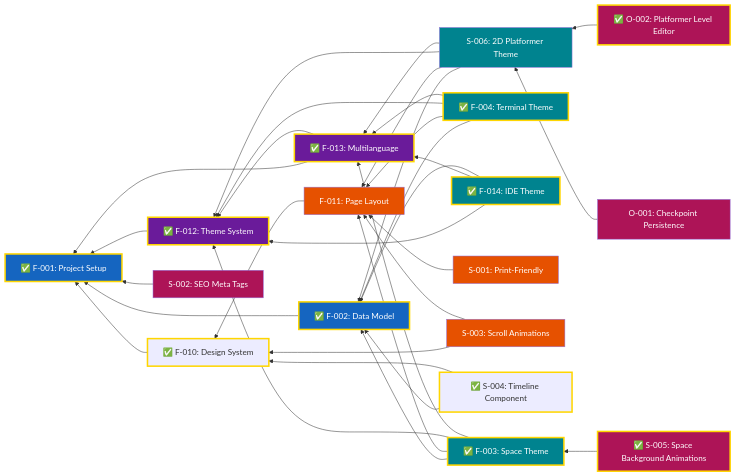
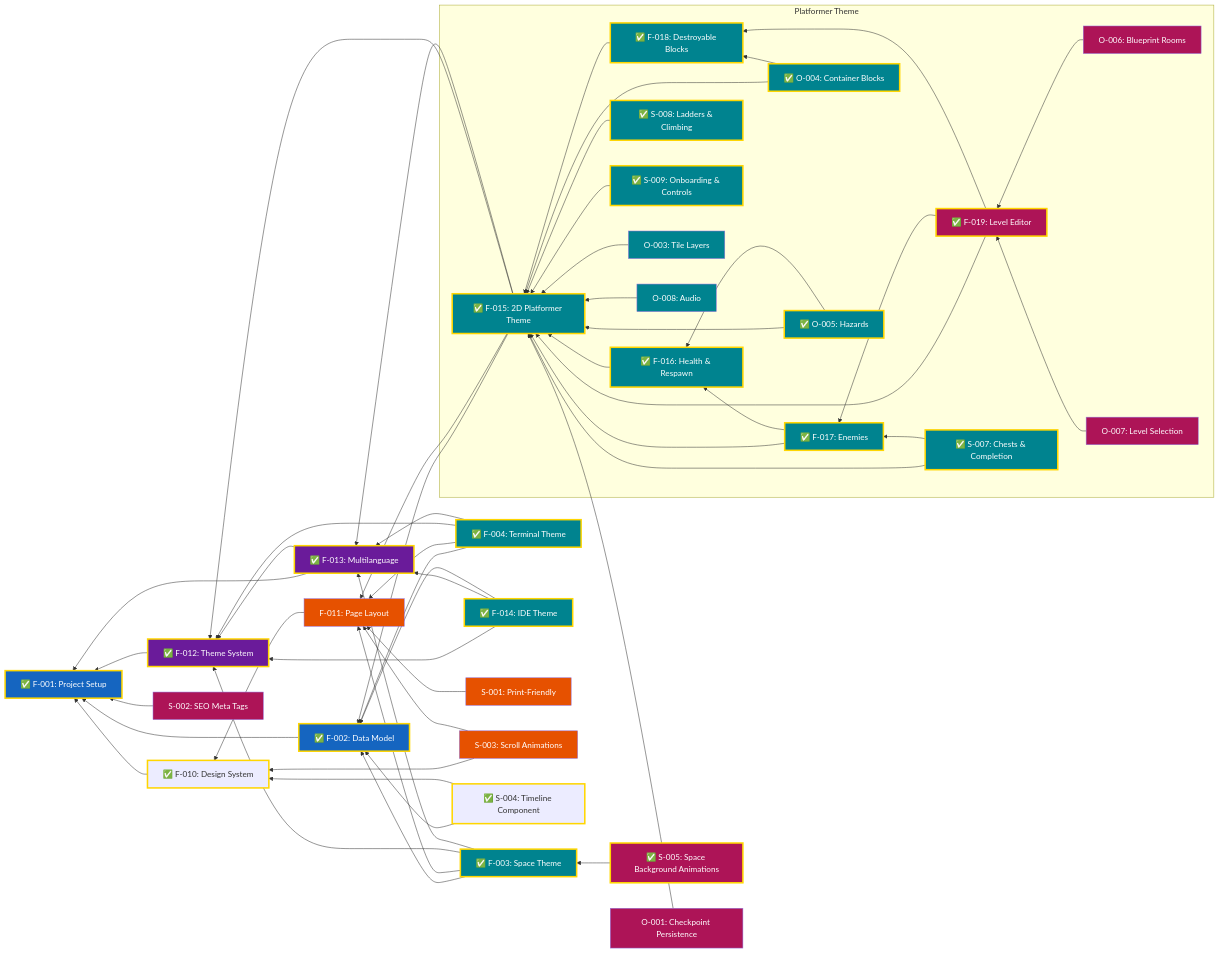
Before and after one commit to garcipat/cv-website: the diagram in docs/Features.md, drawn with Mermaid. The commit also changed other lines of this file and 59 other files, not shown here.

````diff
--- a/docs/Features.md
+++ b/docs/Features.md
@@ -89,9 +113,24 @@
     S003["S-003: Scroll Animations"]
     S004["✅ S-004: Timeline Component"]
     S005["✅ S-005: Space Background Animations"]
-    S006["S-006: 2D Platformer Theme"]
     O001["O-001: Checkpoint Persistence"]
-    O002["✅ O-002: Platformer Level Editor"]
+
+    subgraph platformer["Platformer Theme"]
+        F015["✅ F-015: 2D Platformer Theme"]
+        F016["✅ F-016: Health & Respawn"]
+        F017["✅ F-017: Enemies"]
+        F018["✅ F-018: Destroyable Blocks"]
+        F019["✅ F-019: Level Editor"]
+        S007["✅ S-007: Chests & Completion"]
+        S008["✅ S-008: Ladders & Climbing"]
+        S009["✅ S-009: Onboarding & Controls"]
+        O003["O-003: Tile Layers"]
+        O004["✅ O-004: Container Blocks"]
+        O005["✅ O-005: Hazards"]
+        O006["O-006: Blueprint Rooms"]
+        O007["O-007: Level Selection"]
+        O008["O-008: Audio"]
+    end
 
     F003 --> F002
     F003 --> F011
@@ -117,12 +156,30 @@
     S004 --> F002
     S004 --> F010
     S005 --> F003
-    S006 --> F002
-    S006 --> F011
-    S006 --> F012
-    S006 --> F013
-    O001 --> S006
-    O002 --> S006
+    F015 --> F002
+    F015 --> F011
+    F015 --> F012
+    F015 --> F013
+    F016 --> F015
+    F017 --> F015
+    F017 --> F016
+    F018 --> F015
+    F019 --> F015
+    F019 --> F017
+    F019 --> F018
+    S007 --> F015
+    S007 --> F017
+    S008 --> F015
+    S009 --> F015
+    O003 --> F015
+    O004 --> F015
+    O004 --> F018
+    O005 --> F015
+    O005 --> F016
+    O006 --> F019
+    O007 --> F019
+    O008 --> F015
+    O001 --> F015
 
     classDef done stroke:#FFD600,stroke-width:3px
     classDef projectSetup fill:#1565C0,color:#ffffff
@@ -139,12 +196,14 @@
     class F013 done
     class F003 done
     class F004 done
-    class F003,F004,F014,S006 themes
+    class F003,F004,F014 themes
     class F011,S001,S003 layoutNavigation
     class F012,F013 themeInfrastructure
     class F014 done
     class S004 done
-    class S002,S005,O001,O002 enhancements
+    class S002,S005,O001 enhancements
     class S005 done
-    class O002 done
+    class F015,F016,F017,F018,S007,S008,S009,O003,O004,O005,O008 themes
+    class F019,O006,O007 enhancements
+    class F015,F016,F017,F018,F019,S007,S008,S009,O004,O005 done
 ```
````
